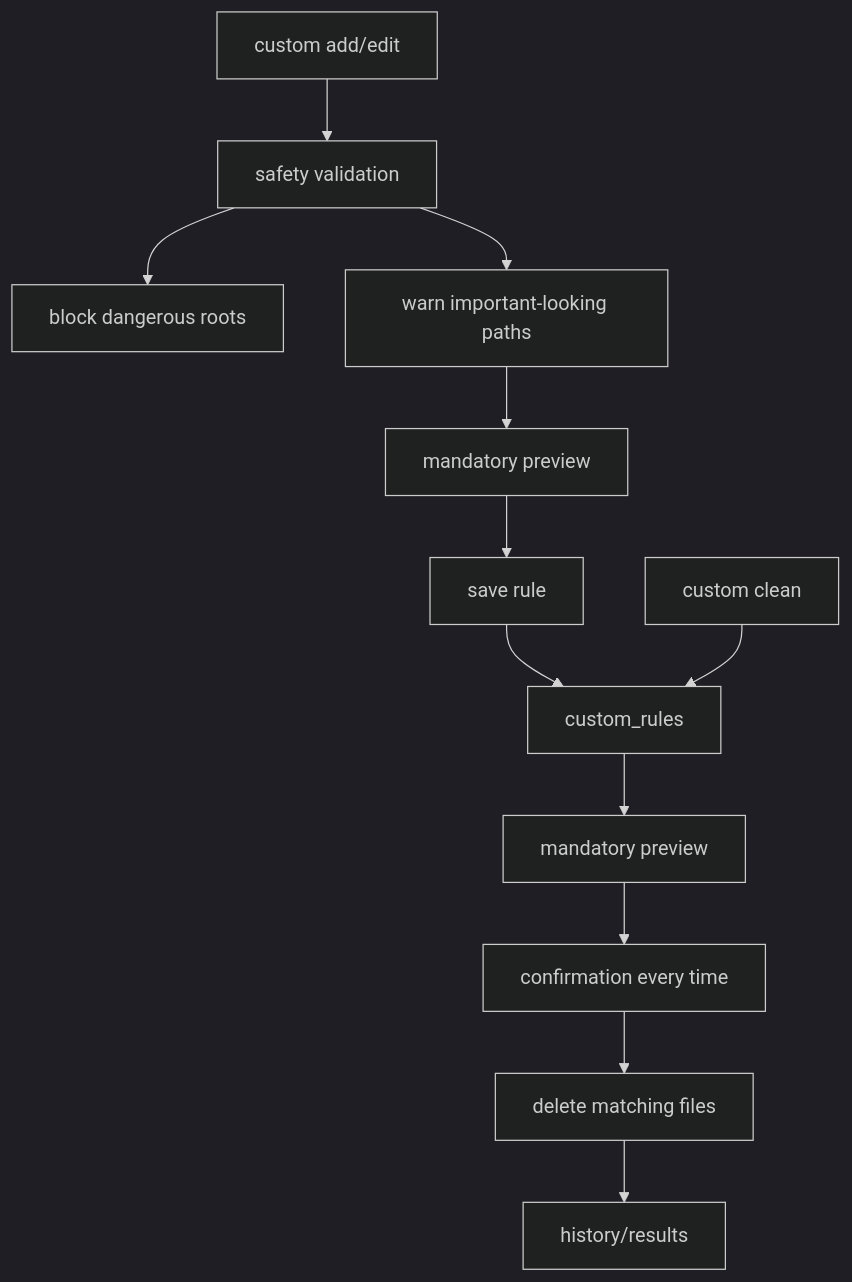
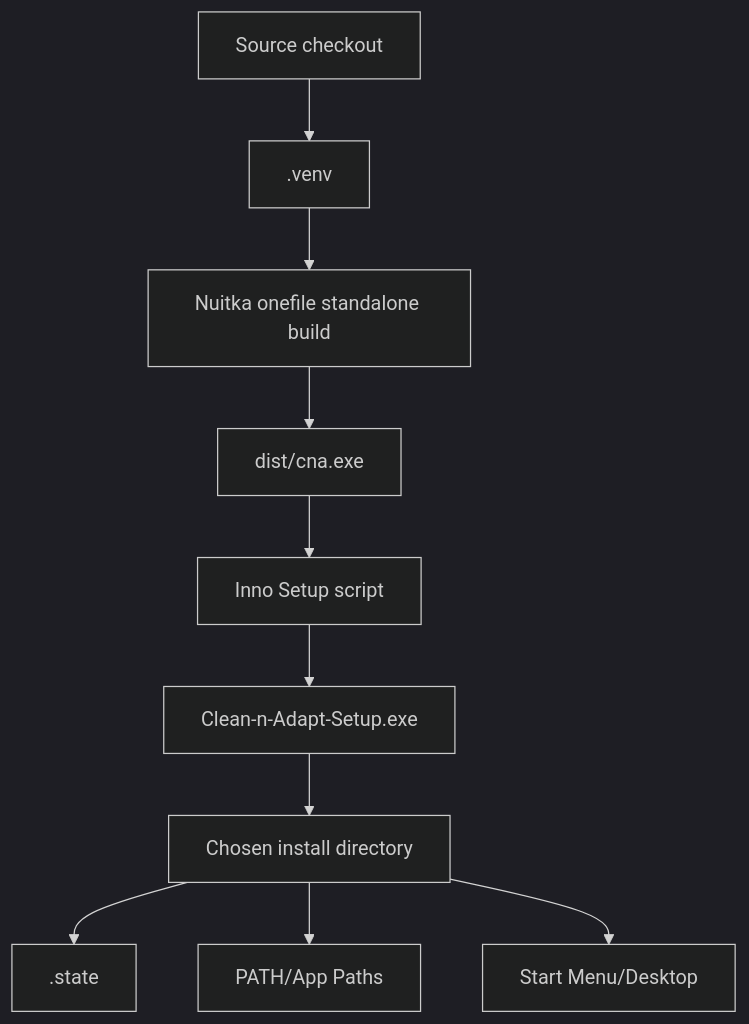
One commit to snehil-pandey/clean-n-adapt changed the eighth of 10 diagrams in ARCHITECTURE.md. Above: the diagram before and after it, drawn with Mermaid (dark theme). The commit also changed other lines of this file and 10 other files, not shown here.

Commit message:
Pivot to Qt desktop app

````diff
--- a/ARCHITECTURE.md
+++ b/ARCHITECTURE.md
@@ -129,14 +120,12 @@
 ```mermaid
 flowchart TD
-    Add["custom add/edit"] --> Validate["safety validation"]
-    Validate --> Block["block dangerous roots"]
-    Validate --> Warn["warn important-looking paths"]
-    Warn --> Preview["mandatory preview"]
-    Preview --> Save["save rule"]
-    Save --> DB["custom_rules"]
-    Clean["custom clean"] --> DB
-    DB --> Preview2["mandatory preview"]
-    Preview2 --> Confirm["confirmation every time"]
-    Confirm --> Delete["delete matching files"]
-    Delete --> History["history/results"]
+    Source["Source checkout"] --> Venv[".venv"]
+    Venv --> Nuitka["Nuitka onefile standalone build"]
+    Nuitka --> Exe["dist/cna.exe"]
+    Exe --> Inno["Inno Setup script"]
+    Inno --> Setup["Clean-n-Adapt-Setup.exe"]
+    Setup --> InstallDir["Chosen install directory"]
+    InstallDir --> State[".state"]
+    InstallDir --> Path["PATH/App Paths"]
+    InstallDir --> Shortcuts["Start Menu/Desktop"]
 ```
````
